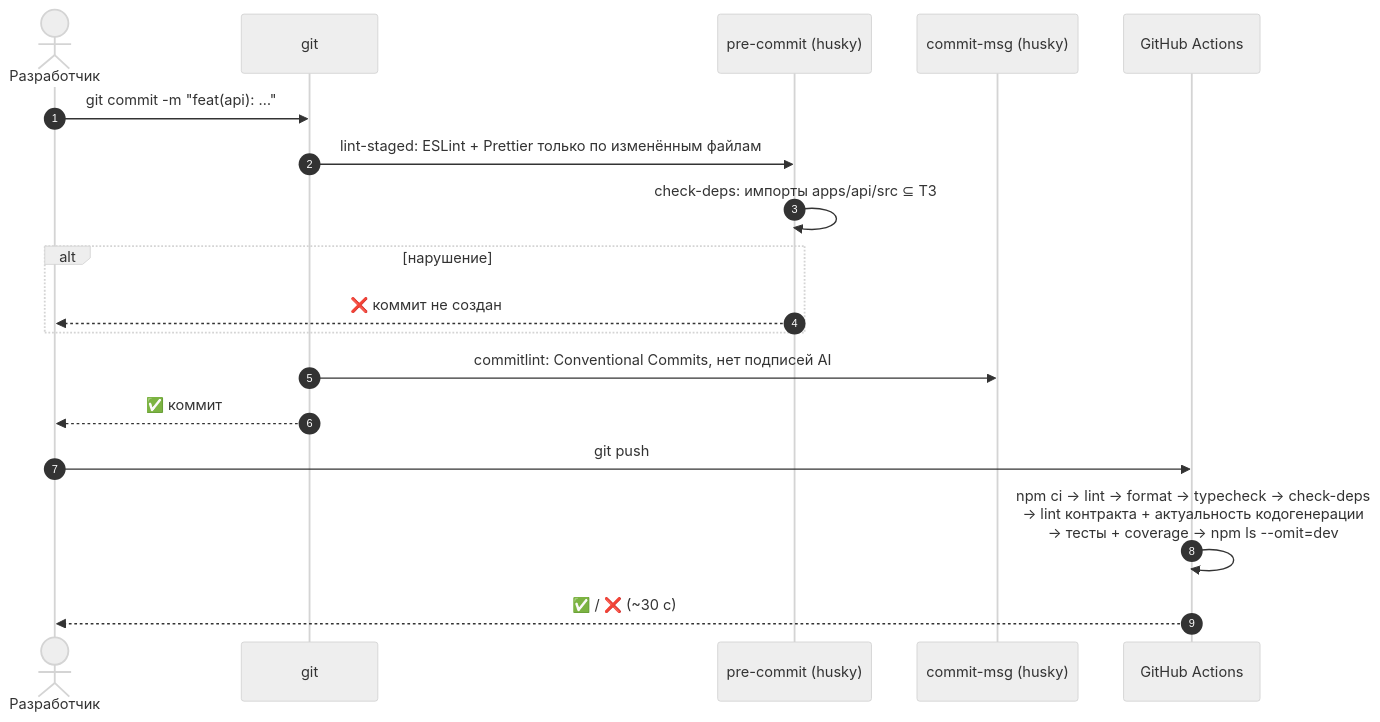
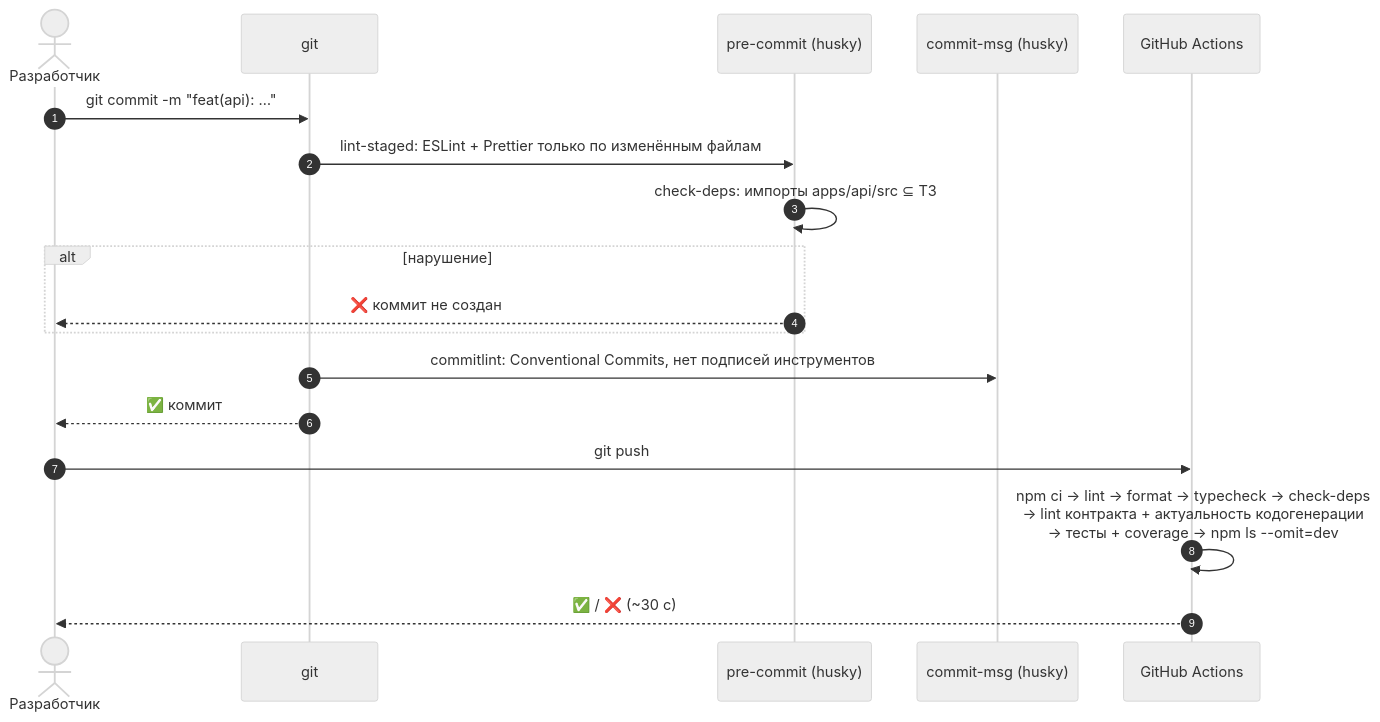
One commit to LeshBerz/crypto-price-tracker changed the third of 9 diagrams in docs/study/11-фундамент-api.md. Above: the diagram before and after it, drawn with Mermaid (neutral theme). The commit also changed other lines of this file and 10 other files, not shown here.

````diff
--- a/docs/study/11-фундамент-api.md
+++ b/docs/study/11-фундамент-api.md
@@ -65,20 +65,20 @@
 ```mermaid
 sequenceDiagram
   autonumber
   actor Dev as Разработчик
   participant Git as git
   participant Pre as pre-commit (husky)
   participant Msg as commit-msg (husky)
   participant GH as GitHub Actions
   Dev->>Git: git commit -m "feat(api): …"
   Git->>Pre: lint-staged: ESLint + Prettier только по изменённым файлам
   Pre->>Pre: check-deps: импорты apps/api/src ⊆ ТЗ
   alt нарушение
     Pre-->>Dev: ❌ коммит не создан
   end
-  Git->>Msg: commitlint: Conventional Commits, нет подписей AI
+  Git->>Msg: commitlint: Conventional Commits, нет подписей инструментов
   Git-->>Dev: ✅ коммит
   Dev->>GH: git push
   GH->>GH: npm ci → lint → format → typecheck → check-deps<br/>→ lint контракта + актуальность кодогенерации<br/>→ тесты + coverage → npm ls --omit=dev
   GH-->>Dev: ✅ / ❌ (~30 с)
 ```
````
